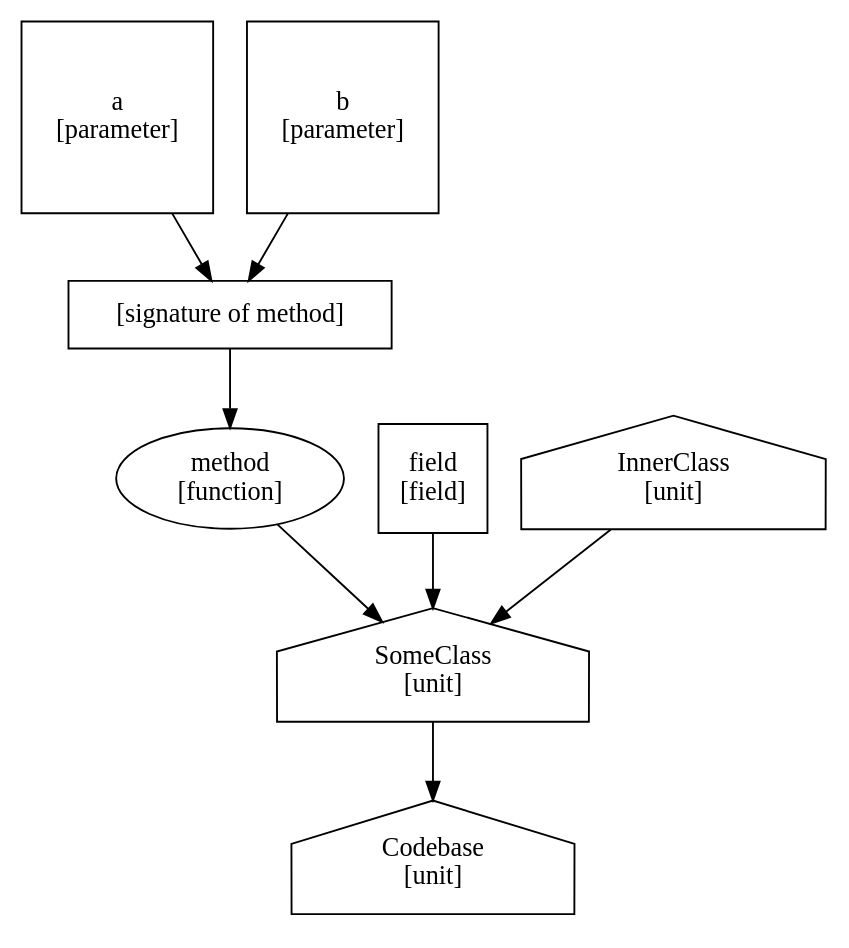
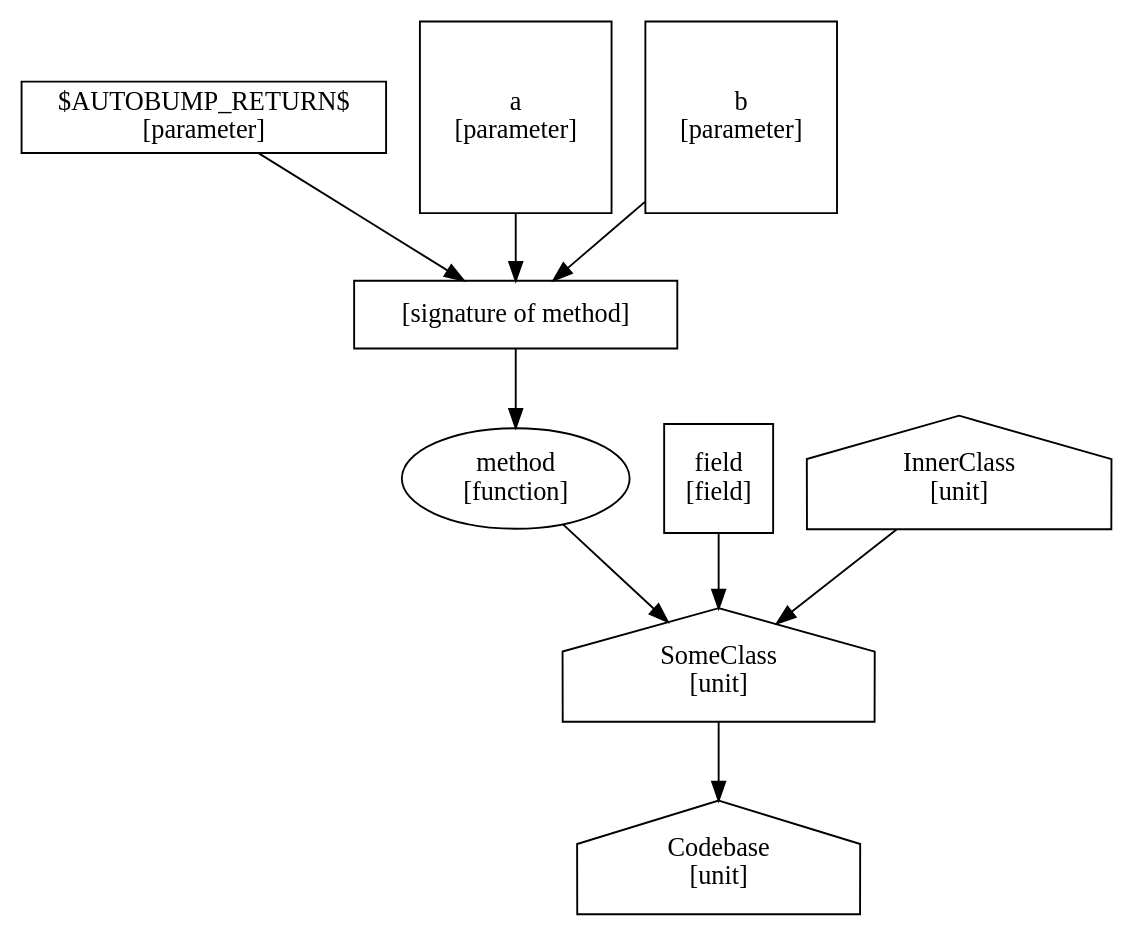
The diagram in images/dot/xmlcapir.dot (cshtarkov/autobump-dissertation), drawn with Graphviz before and after one commit. The commit also changed 1 other file, not shown here.

Commit message:
Bump XML, explain $AUTOBUMP_RETURN$

```diff
--- a/images/dot/xmlcapir.dot
+++ b/images/dot/xmlcapir.dot
@@ -1,27 +1,29 @@
 digraph xmlcapir {
 
     u_codebase [shape=house, label="Codebase\n[unit]"];
 
     /* SomeClass */
 
+    p_void [shape=box, label="$AUTOBUMP_RETURN$\n[parameter]"];
     p_a [shape=square, label="a\n[parameter]"];
     p_b [shape=square, label="b\n[parameter]"];
     s_method [shape=box, label="[signature of method]"];
+    p_void -> s_method;
     p_a -> s_method;
     p_b -> s_method;
-    {rank=same; p_a p_b}
+    {rank=same; p_void p_a p_b}
 
     f_method [shape=ellipse, label="method\n[function]"];
     s_method -> f_method;
     i_field [shape=square, label="field\n[field]"];
 
     u_inner [shape=house, label="InnerClass\n[unit]"];
 
     u_someclass [shape=house, label="SomeClass\n[unit]"];
     f_method -> u_someclass;
     u_inner -> u_someclass;
     i_field -> u_someclass;
 
     u_someclass -> u_codebase;
 
 }
```
